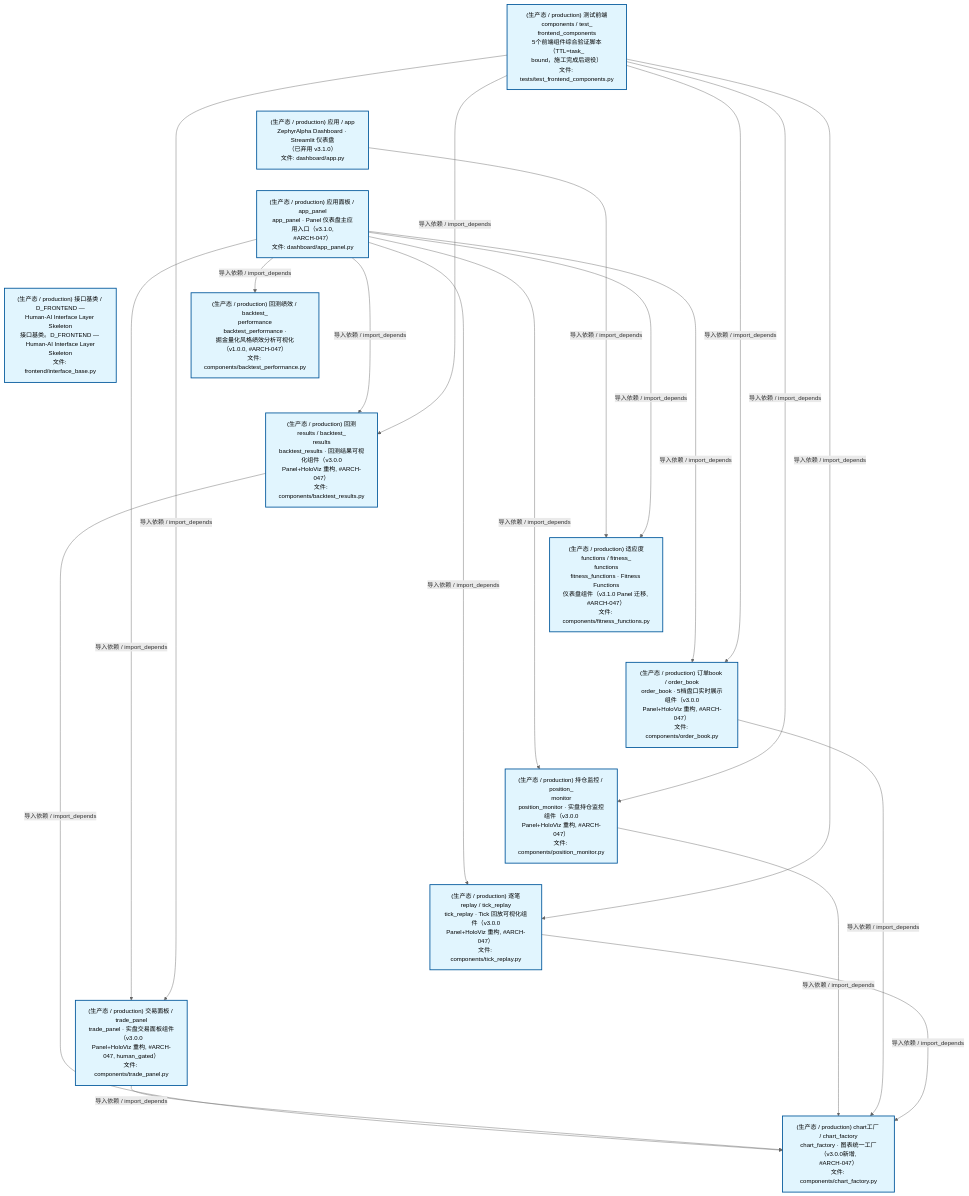
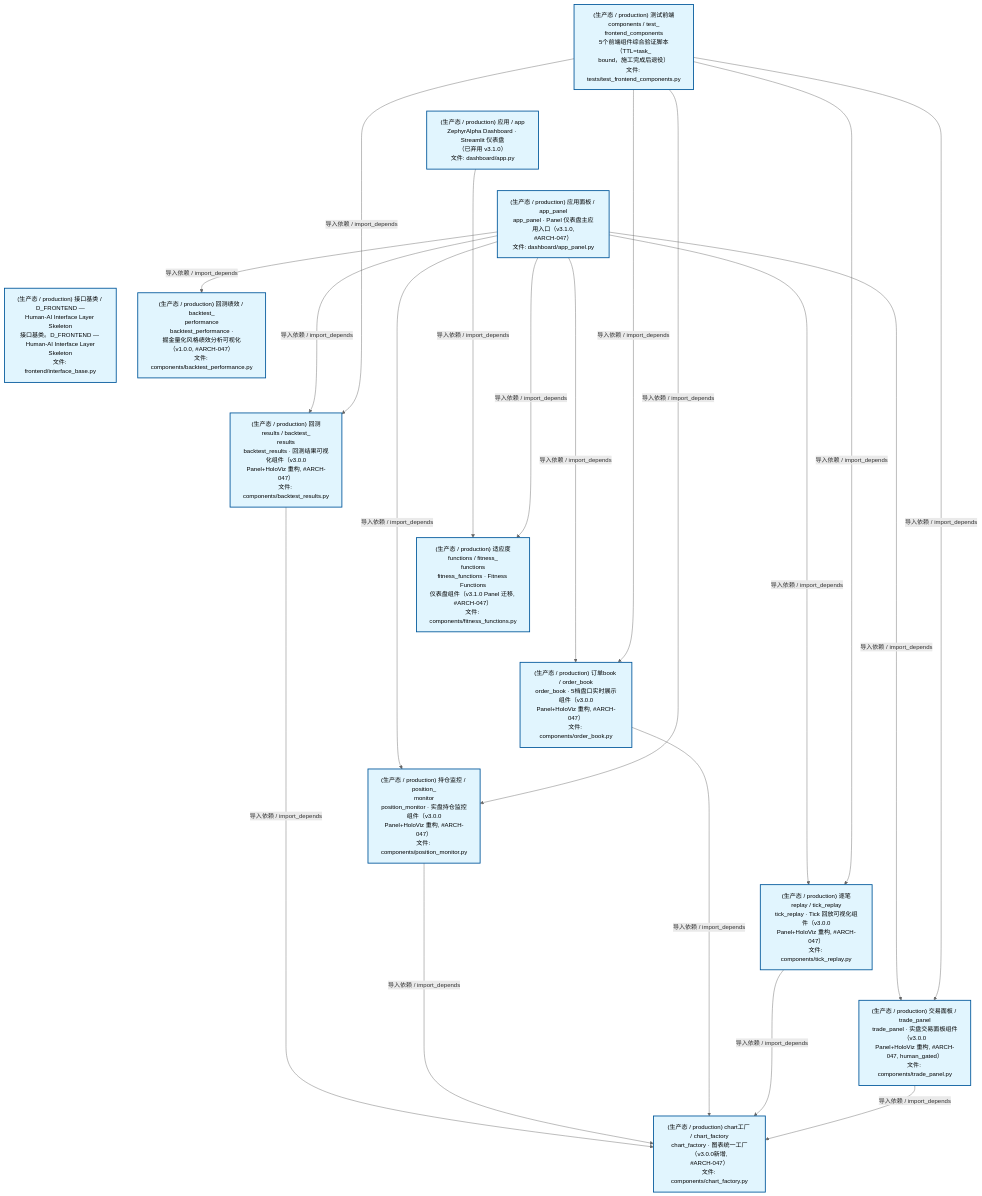
The second of 4 diagrams in docs/02_enterprise_architecture/02_domain_architecture_docs/47_d_frontend.md (xuanFelixVan/ZephyrAlpha), drawn with Mermaid before and after one commit. The commit also changed other lines of this file and 43 other files, not shown here.

````diff
--- a/docs/02_enterprise_architecture/02_domain_architecture_docs/47_d_frontend.md
+++ b/docs/02_enterprise_architecture/02_domain_architecture_docs/47_d_frontend.md
@@ -124,48 +124,48 @@
 ```mermaid
 %%{init: {'theme': 'base', 'themeVariables': {'primaryColor': '#eaeaea', 'primaryTextColor': '#333333', 'primaryBorderColor': '#666666', 'lineColor': '#666666', 'secondaryColor': '#eaeaea', 'tertiaryColor': '#eaeaea', 'fontSize': '14px'}}}%%
 flowchart TD
     scripts_tests_test_frontend_components_py["(生产态 / production) 测试前端components / test_<br/>frontend_components<br/>5个前端组件综合验证脚本（TTL=task_<br/>bound，施工完成后退役）<br/>文件: tests/test_frontend_components.py"]
     src_zephyr_frontend_dashboard_app_py["(生产态 / production) 应用 / app<br/>ZephyrAlpha Dashboard · Streamlit 仪表盘<br/>（已弃用 v3.1.0）<br/>文件: dashboard/app.py"]
     src_zephyr_frontend_dashboard_app_panel_py["(生产态 / production) 应用面板 / app_panel<br/>app_panel · Panel 仪表盘主应用入口（v3.1.0,<br/>#ARCH-047）<br/>文件: dashboard/app_panel.py"]
     src_zephyr_frontend_interface_base_py["(生产态 / production) 接口基类 / D_FRONTEND —<br/>Human-AI Interface Layer Skeleton<br/>接口基类。D_FRONTEND — Human-AI Interface Layer<br/>Skeleton<br/>文件: frontend/interface_base.py"]
     scripts_tests_test_frontend_components_py ~~~ src_zephyr_frontend_dashboard_app_py
     src_zephyr_frontend_dashboard_app_py ~~~ src_zephyr_frontend_dashboard_app_panel_py
     src_zephyr_frontend_dashboard_app_panel_py ~~~ src_zephyr_frontend_interface_base_py
     src_zephyr_frontend_dashboard_components_backtest_performance_py["(生产态 / production) 回测绩效 / backtest_<br/>performance<br/>backtest_performance ·<br/>掘金量化风格绩效分析可视化（v1.0.0, #ARCH-047）<br/>文件: components/backtest_performance.py"]
     src_zephyr_frontend_dashboard_components_backtest_results_py["(生产态 / production) 回测results / backtest_<br/>results<br/>backtest_results · 回测结果可视化组件（v3.0.0<br/>Panel+HoloViz 重构, #ARCH-047）<br/>文件: components/backtest_results.py"]
     src_zephyr_frontend_dashboard_components_fitness_functions_py["(生产态 / production) 适应度functions / fitness_<br/>functions<br/>fitness_functions · Fitness Functions<br/>仪表盘组件（v3.1.0 Panel 迁移, #ARCH-047）<br/>文件: components/fitness_functions.py"]
     src_zephyr_frontend_dashboard_components_order_book_py["(生产态 / production) 订单book / order_book<br/>order_book · 5档盘口实时展示组件（v3.0.0<br/>Panel+HoloViz 重构, #ARCH-047）<br/>文件: components/order_book.py"]
     src_zephyr_frontend_dashboard_components_position_monitor_py["(生产态 / production) 持仓监控 / position_<br/>monitor<br/>position_monitor · 实盘持仓监控组件（v3.0.0<br/>Panel+HoloViz 重构, #ARCH-047）<br/>文件: components/position_monitor.py"]
     src_zephyr_frontend_dashboard_components_tick_replay_py["(生产态 / production) 逐笔replay / tick_replay<br/>tick_replay · Tick 回放可视化组件（v3.0.0<br/>Panel+HoloViz 重构, #ARCH-047）<br/>文件: components/tick_replay.py"]
     src_zephyr_frontend_dashboard_components_trade_panel_py["(生产态 / production) 交易面板 / trade_panel<br/>trade_panel · 实盘交易面板组件（v3.0.0<br/>Panel+HoloViz 重构, #ARCH-047, human_gated）<br/>文件: components/trade_panel.py"]
     src_zephyr_frontend_dashboard_components_backtest_performance_py ~~~ src_zephyr_frontend_dashboard_components_backtest_results_py
     src_zephyr_frontend_dashboard_components_backtest_results_py ~~~ src_zephyr_frontend_dashboard_components_fitness_functions_py
     src_zephyr_frontend_dashboard_components_fitness_functions_py ~~~ src_zephyr_frontend_dashboard_components_order_book_py
     src_zephyr_frontend_dashboard_components_order_book_py ~~~ src_zephyr_frontend_dashboard_components_position_monitor_py
     src_zephyr_frontend_dashboard_components_position_monitor_py ~~~ src_zephyr_frontend_dashboard_components_tick_replay_py
     src_zephyr_frontend_dashboard_components_tick_replay_py ~~~ src_zephyr_frontend_dashboard_components_trade_panel_py
     src_zephyr_frontend_dashboard_components_chart_factory_py["(生产态 / production) chart工厂 / chart_factory<br/>chart_factory · 图表统一工厂（v3.0.0新增,<br/>#ARCH-047）<br/>文件: components/chart_factory.py"]
     src_zephyr_frontend_dashboard_app_py -->|导入依赖 / import_depends| src_zephyr_frontend_dashboard_components_fitness_functions_py
+    src_zephyr_frontend_dashboard_app_panel_py -->|导入依赖 / import_depends| src_zephyr_frontend_dashboard_components_backtest_performance_py
     src_zephyr_frontend_dashboard_app_panel_py -->|导入依赖 / import_depends| src_zephyr_frontend_dashboard_components_backtest_results_py
     src_zephyr_frontend_dashboard_app_panel_py -->|导入依赖 / import_depends| src_zephyr_frontend_dashboard_components_fitness_functions_py
-    src_zephyr_frontend_dashboard_app_panel_py -->|导入依赖 / import_depends| src_zephyr_frontend_dashboard_components_backtest_performance_py
-    src_zephyr_frontend_dashboard_app_panel_py -->|导入依赖 / import_depends| src_zephyr_frontend_dashboard_components_trade_panel_py
     src_zephyr_frontend_dashboard_app_panel_py -->|导入依赖 / import_depends| src_zephyr_frontend_dashboard_components_position_monitor_py
     src_zephyr_frontend_dashboard_app_panel_py -->|导入依赖 / import_depends| src_zephyr_frontend_dashboard_components_order_book_py
     src_zephyr_frontend_dashboard_app_panel_py -->|导入依赖 / import_depends| src_zephyr_frontend_dashboard_components_tick_replay_py
+    src_zephyr_frontend_dashboard_app_panel_py -->|导入依赖 / import_depends| src_zephyr_frontend_dashboard_components_trade_panel_py
     src_zephyr_frontend_dashboard_components_backtest_results_py -->|导入依赖 / import_depends| src_zephyr_frontend_dashboard_components_chart_factory_py
-    src_zephyr_frontend_dashboard_components_trade_panel_py -->|导入依赖 / import_depends| src_zephyr_frontend_dashboard_components_chart_factory_py
     src_zephyr_frontend_dashboard_components_position_monitor_py -->|导入依赖 / import_depends| src_zephyr_frontend_dashboard_components_chart_factory_py
     src_zephyr_frontend_dashboard_components_order_book_py -->|导入依赖 / import_depends| src_zephyr_frontend_dashboard_components_chart_factory_py
     src_zephyr_frontend_dashboard_components_tick_replay_py -->|导入依赖 / import_depends| src_zephyr_frontend_dashboard_components_chart_factory_py
+    src_zephyr_frontend_dashboard_components_trade_panel_py -->|导入依赖 / import_depends| src_zephyr_frontend_dashboard_components_chart_factory_py
     scripts_tests_test_frontend_components_py -->|导入依赖 / import_depends| src_zephyr_frontend_dashboard_components_backtest_results_py
-    scripts_tests_test_frontend_components_py -->|导入依赖 / import_depends| src_zephyr_frontend_dashboard_components_trade_panel_py
     scripts_tests_test_frontend_components_py -->|导入依赖 / import_depends| src_zephyr_frontend_dashboard_components_position_monitor_py
     scripts_tests_test_frontend_components_py -->|导入依赖 / import_depends| src_zephyr_frontend_dashboard_components_order_book_py
     scripts_tests_test_frontend_components_py -->|导入依赖 / import_depends| src_zephyr_frontend_dashboard_components_tick_replay_py
+    scripts_tests_test_frontend_components_py -->|导入依赖 / import_depends| src_zephyr_frontend_dashboard_components_trade_panel_py
     classDef production fill:#e1f5fe,stroke:#01579b,stroke-width:2px,color:#000
     classDef design fill:#fff3e0,stroke:#e65100,stroke-width:2px,color:#000,stroke-dasharray: 5 5
     classDef external_prod fill:#e8f4fd,stroke:#0277bd,stroke-width:1px,color:#000
     classDef external_design fill:#fff8e7,stroke:#ef6c00,stroke-width:1px,color:#000,stroke-dasharray: 5 5
     class scripts_tests_test_frontend_components_py,src_zephyr_frontend_dashboard_app_py,src_zephyr_frontend_dashboard_app_panel_py,src_zephyr_frontend_dashboard_components_backtest_performance_py,src_zephyr_frontend_dashboard_components_backtest_results_py,src_zephyr_frontend_dashboard_components_chart_factory_py,src_zephyr_frontend_dashboard_components_fitness_functions_py,src_zephyr_frontend_dashboard_components_order_book_py,src_zephyr_frontend_dashboard_components_position_monitor_py,src_zephyr_frontend_dashboard_components_tick_replay_py,src_zephyr_frontend_dashboard_components_trade_panel_py,src_zephyr_frontend_interface_base_py production
 ```
````
